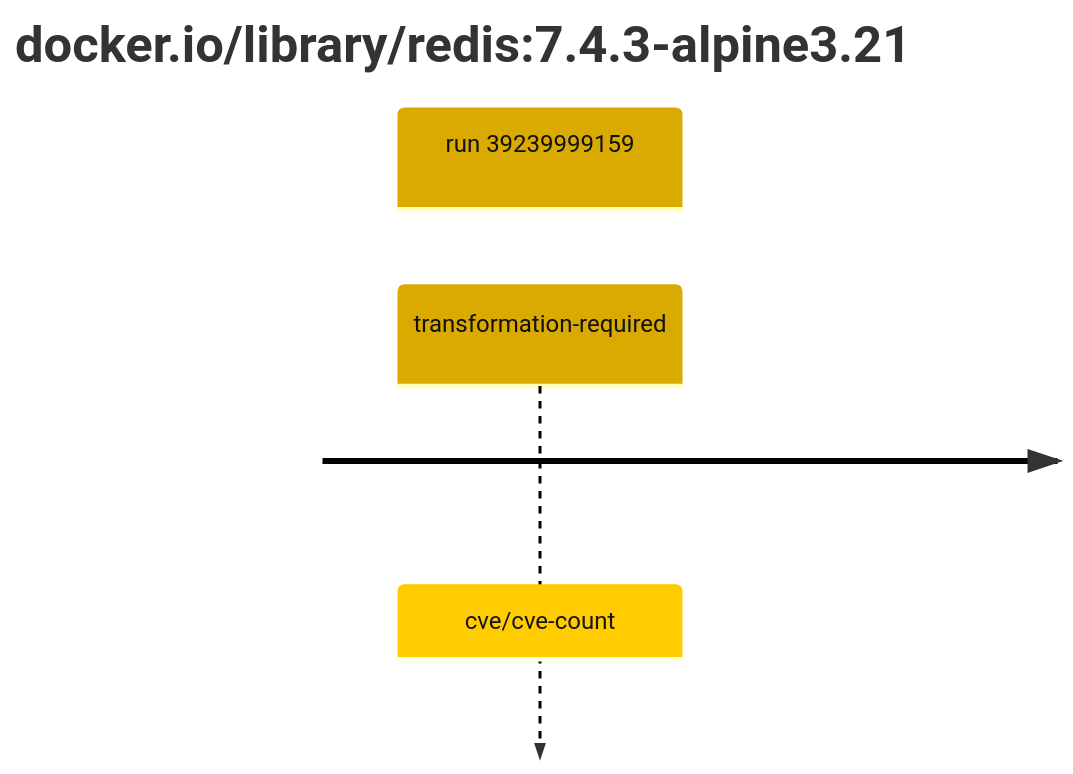
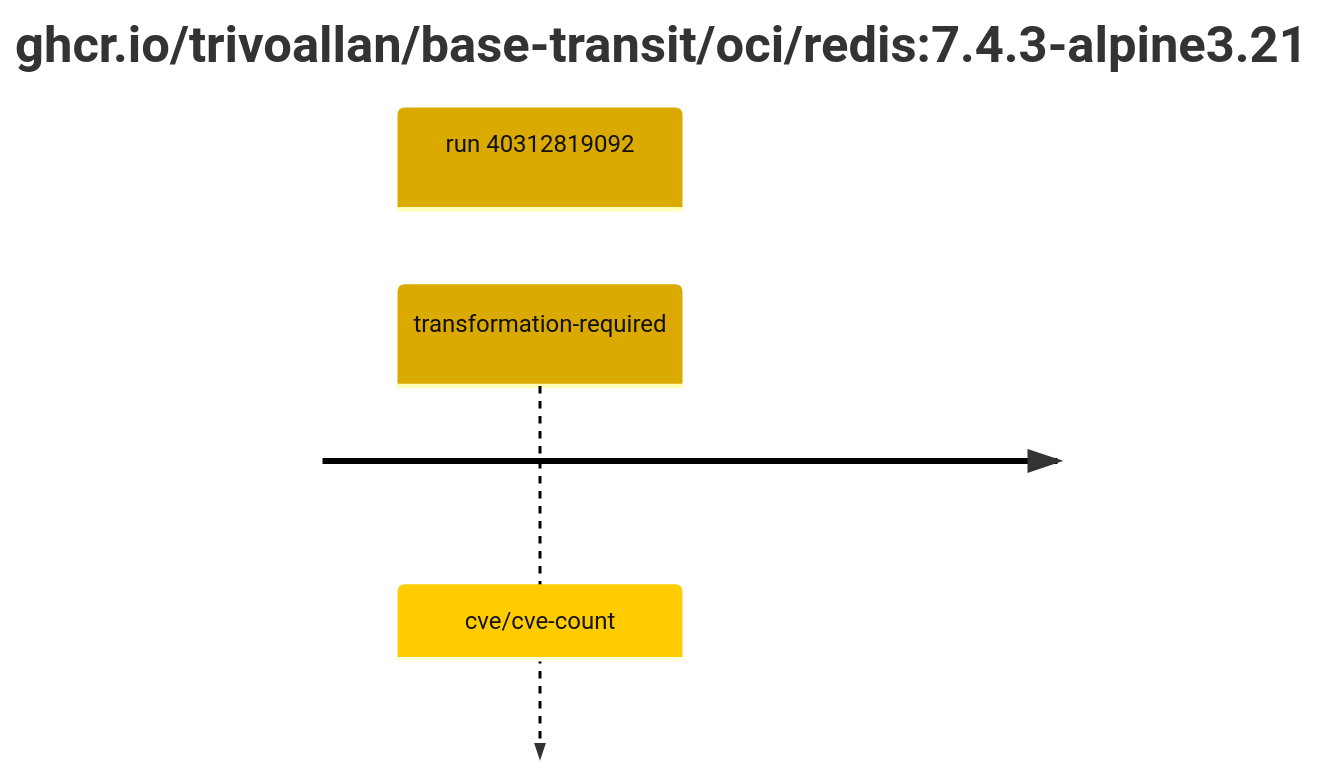
Before and after one commit to trivoallan/base-images: the second of 2 diagrams in results/reports/redis-7/sha256:f773b35a95e170d92dd4214a3ec4859b1b7960bf56896ae687646d695f311187/39239999159-1.md, drawn with Mermaid. The commit also changed other lines of this file and 28 other files, not shown here.

````diff
--- a/results/reports/redis-7/sha256:f773b35a95e170d92dd4214a3ec4859b1b7960bf56896ae687646d695f311187/39239999159-1.md
+++ b/results/reports/redis-7/sha256:f773b35a95e170d92dd4214a3ec4859b1b7960bf56896ae687646d695f311187/39239999159-1.md
@@ -5,7 +24,7 @@
 ```mermaid
 %%{init: {"theme": "default", "themeVariables": {"cScale0": "#daaa00", "cScaleLabel0": "#121212"}}}%%
 timeline
-    title docker.io/library/redis#58;7.4.3-alpine3.21
-    section run 39239999159
+    title ghcr.io/trivoallan/base-transit/oci/redis#58;7.4.3-alpine3.21
+    section run 40312819092
         transformation-required : cve/cve-count
 ```
````
